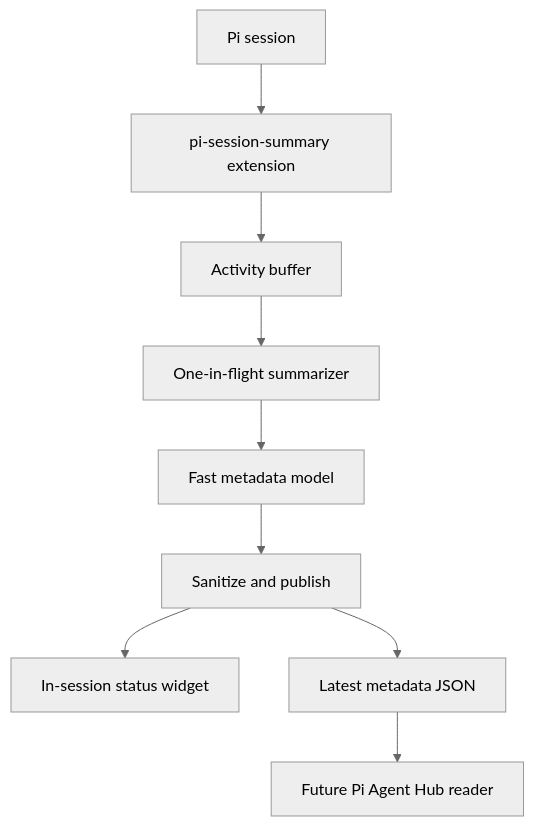
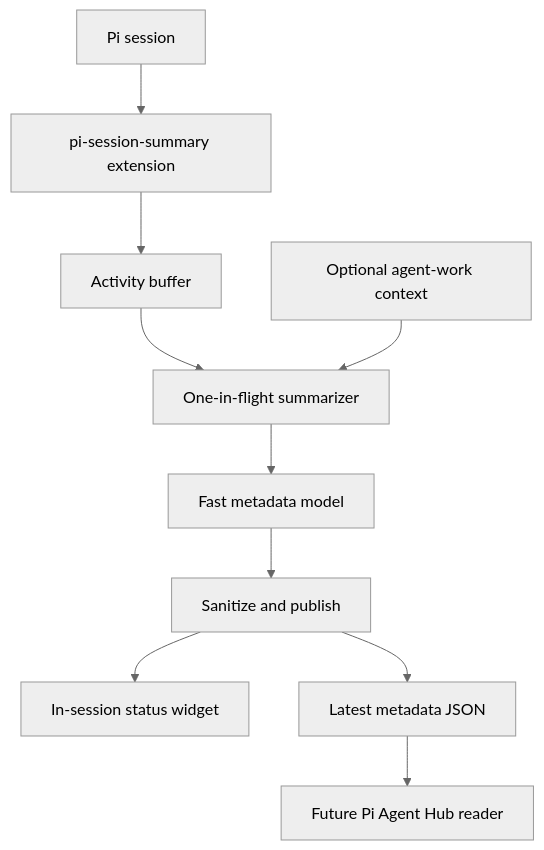
Before and after one commit to masta-g3/pi-session-summary: the diagram in docs/STRUCTURE.md, drawn with Mermaid (neutral theme). The commit also changed other lines of this file and 12 other files, not shown here.

````diff
--- a/docs/STRUCTURE.md
+++ b/docs/STRUCTURE.md
@@ -44,11 +45,12 @@
 ```mermaid
 flowchart TD
   Session[Pi session] --> Extension[pi-session-summary extension]
   Extension --> Activity[Activity buffer]
   Activity --> Scheduler[One-in-flight summarizer]
+  Workflow[Optional agent-work context] --> Scheduler
   Scheduler --> Model[Fast metadata model]
   Model --> Publish[Sanitize and publish]
   Publish --> Widget[In-session status widget]
   Publish --> State[Latest metadata JSON]
   State --> Hub[Future Pi Agent Hub reader]
 ```
````
